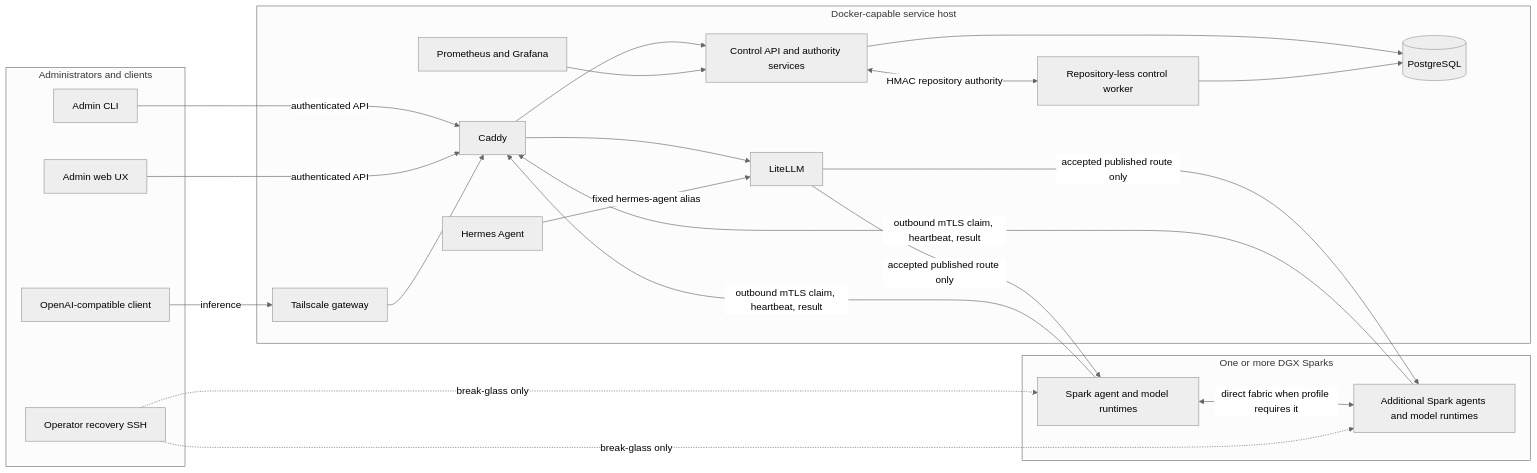
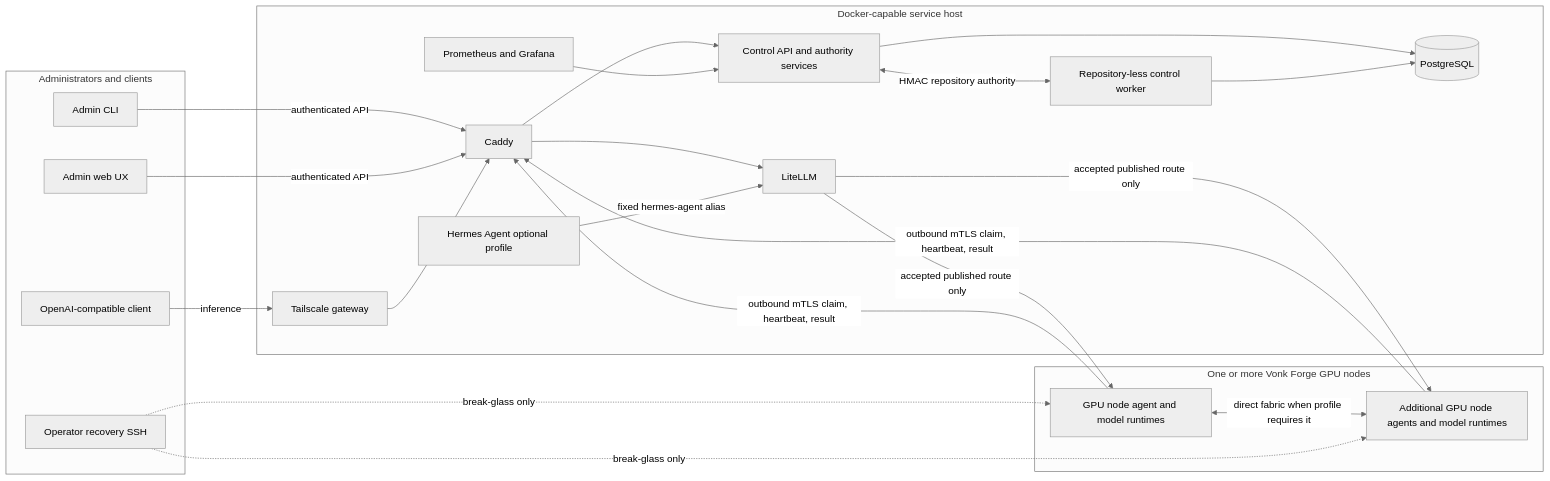
The diagram in docs/architecture-overview.md (CarstVaartjes/DGX-Forge), drawn with Mermaid (neutral theme) before and after one commit. The commit also changed other lines of this file and 591 other files, not shown here.

Commit message:
refactor: standardize Vonk Forge contracts and deployment names

````diff
--- a/docs/architecture-overview.md
+++ b/docs/architecture-overview.md
@@ -13,42 +13,42 @@
 ```mermaid
 flowchart LR
     subgraph users[Administrators and clients]
         cli[Admin CLI]
         web[Admin web UX]
         client[OpenAI-compatible client]
         operator[Operator recovery SSH]
     end
 
     subgraph host[Docker-capable service host]
         tailscale[Tailscale gateway]
         caddy[Caddy]
         api[Control API and authority services]
         worker[Repository-less control worker]
         db[(PostgreSQL)]
         litellm[LiteLLM]
-        hermes[Hermes Agent]
+        hermes[Hermes Agent optional profile]
         telemetry[Prometheus and Grafana]
     end
 
-    subgraph sparks[One or more DGX Sparks]
-        s1[Spark agent and model runtimes]
-        sn[Additional Spark agents and model runtimes]
+    subgraph nodes[One or more Vonk Forge GPU nodes]
+        s1[GPU node agent and model runtimes]
+        sn[Additional GPU node agents and model runtimes]
     end
 
     cli -->|authenticated API| caddy
     web -->|authenticated API| caddy
     client -->|inference| tailscale --> caddy --> litellm
     caddy --> api
     api --> db
     worker --> db
     api <-->|HMAC repository authority| worker
     hermes -->|fixed hermes-agent alias| litellm
     telemetry --> api
     litellm -->|accepted published route only| s1
     litellm -->|accepted published route only| sn
     s1 -->|outbound mTLS claim, heartbeat, result| caddy
     sn -->|outbound mTLS claim, heartbeat, result| caddy
     s1 <-->|direct fabric when profile requires it| sn
     operator -. break-glass only .-> s1
     operator -. break-glass only .-> sn
 ```
````
